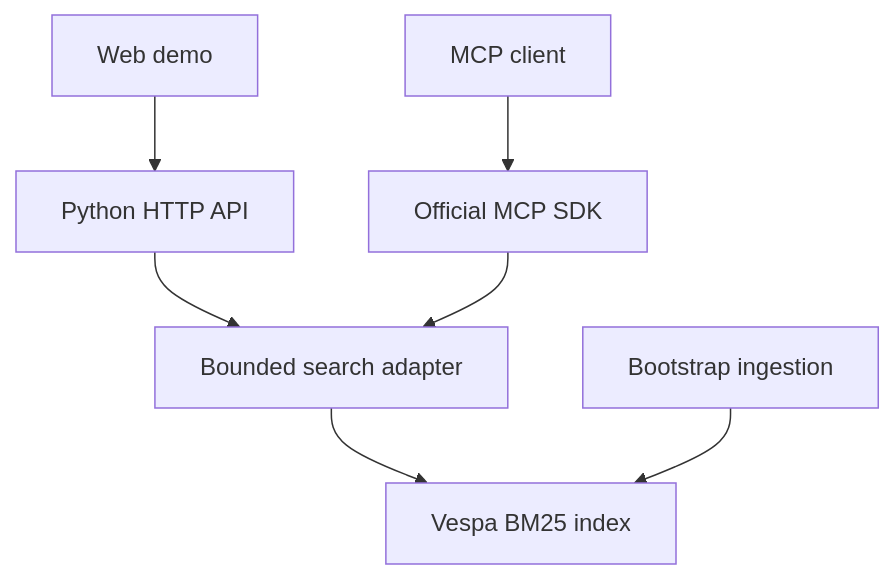
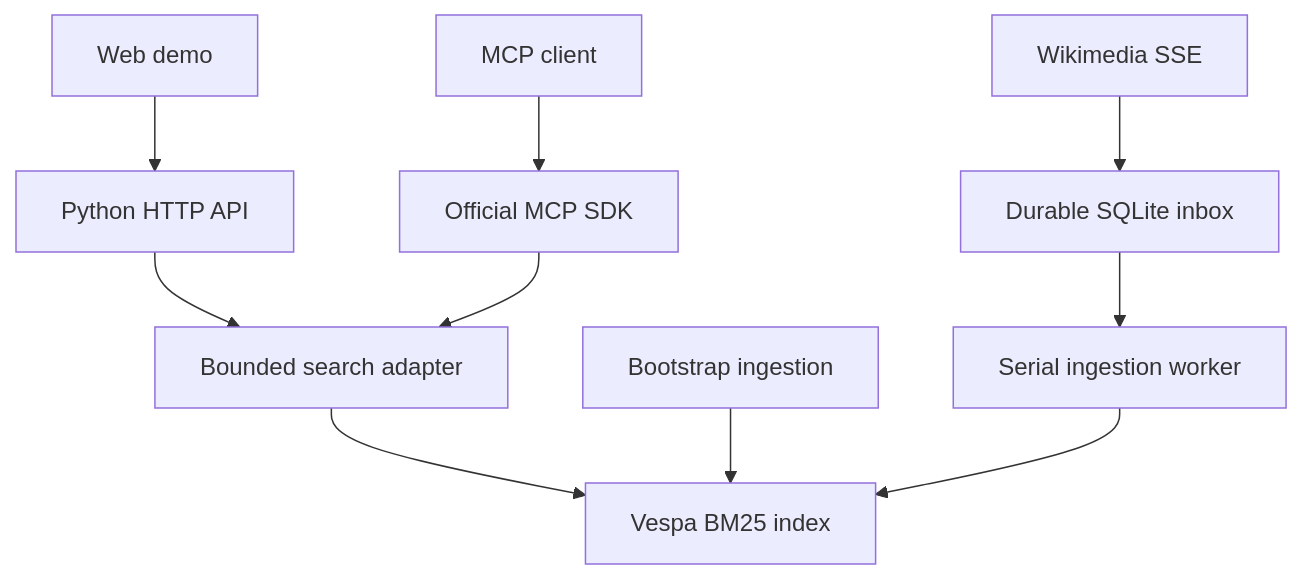
The diagram in README.md (n-dragon/search-services-poc), drawn with Mermaid before and after one commit. The commit also changed other lines of this file and 19 other files, not shown here.

Commit message:
Add durable live Wikipedia ingestion and inspectable Vespa ranking profiles

````diff
--- a/README.md
+++ b/README.md
@@ -76,9 +77,12 @@
 ```mermaid
 flowchart TD
     UI[Web demo] --> API[Python HTTP API]
     Agent[MCP client] --> MCP[Official MCP SDK]
     API --> Backend[Bounded search adapter]
     MCP --> Backend
     Backend --> Vespa[Vespa BM25 index]
     Feed[Bootstrap ingestion] --> Vespa
+    Wikimedia[Wikimedia SSE] --> Inbox[Durable SQLite inbox]
+    Inbox --> Worker[Serial ingestion worker]
+    Worker --> Vespa
 ```
````
